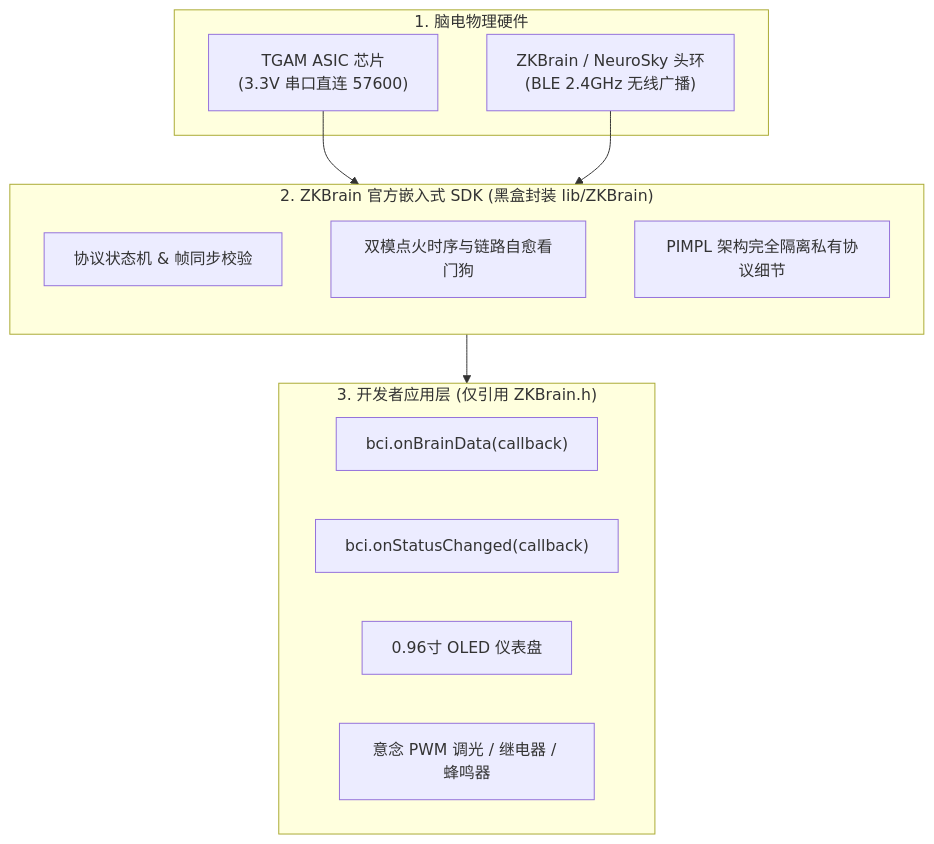
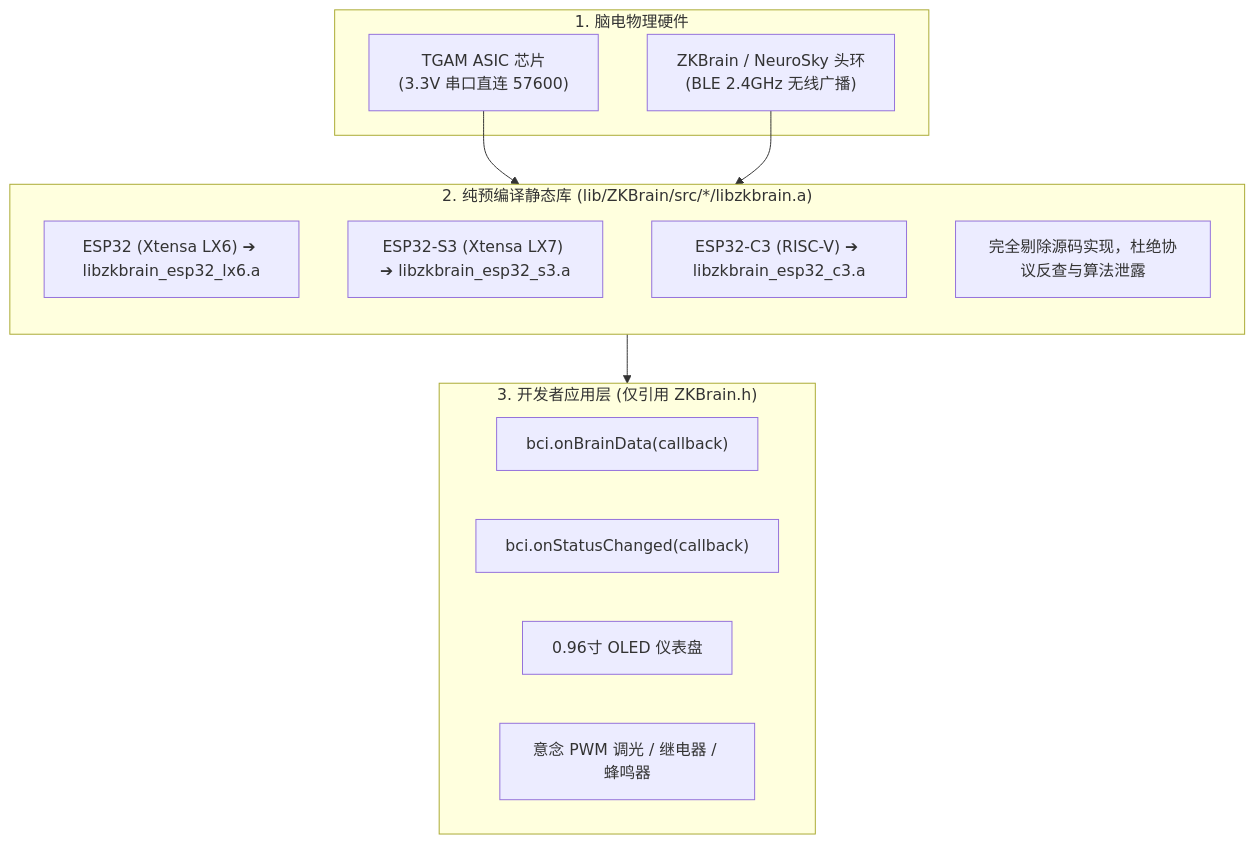
The diagram in templates/mcu-esp32/README.md (zkteco-xteam/zkbrain-starter), drawn with Mermaid before and after one commit. The commit also changed other lines of this file and 8 other files, not shown here.

Commit message:
feat(mcu-esp32): remove source mode, enforce pure precompiled static binary distribution

````diff
--- a/templates/mcu-esp32/README.md
+++ b/templates/mcu-esp32/README.md
@@ -16,25 +16,26 @@
 ```mermaid
 flowchart TD
     subgraph HARDWARE["1. 脑电物理硬件"]
         HW1["TGAM ASIC 芯片<br/>(3.3V 串口直连 57600)"]
         HW2["ZKBrain / NeuroSky 头环<br/>(BLE 2.4GHz 无线广播)"]
     end
 
-    subgraph SDK["2. ZKBrain 官方嵌入式 SDK (黑盒封装 lib/ZKBrain)"]
+    subgraph BINARY["2. 纯预编译静态库 (lib/ZKBrain/src/*/libzkbrain.a)"]
         direction TB
-        B1["协议状态机 & 帧同步校验"]
-        B2["双模点火时序与链路自愈看门狗"]
-        B3["PIMPL 架构完全隔离私有协议细节"]
+        B1["ESP32 (Xtensa LX6) ➔ libzkbrain_esp32_lx6.a"]
+        B2["ESP32-S3 (Xtensa LX7) ➔ libzkbrain_esp32_s3.a"]
+        B3["ESP32-C3 (RISC-V) ➔ libzkbrain_esp32_c3.a"]
+        B4["完全剔除源码实现，杜绝协议反查与算法泄露"]
     end
 
     subgraph APP["3. 开发者应用层 (仅引用 ZKBrain.h)"]
         C1["bci.onBrainData(callback)"]
         C2["bci.onStatusChanged(callback)"]
         C3["0.96寸 OLED 仪表盘"]
         C4["意念 PWM 调光 / 继电器 / 蜂鸣器"]
     end
 
-    HW1 --> SDK
-    HW2 --> SDK
-    SDK --> APP
+    HW1 --> BINARY
+    HW2 --> BINARY
+    BINARY --> APP
 ```
````
